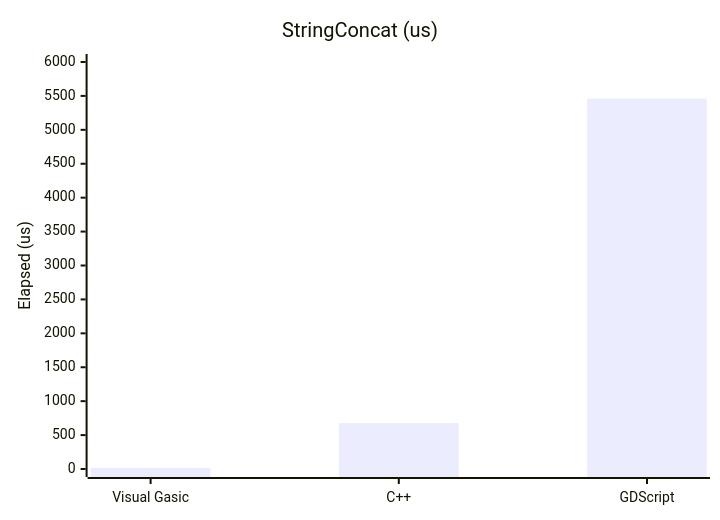
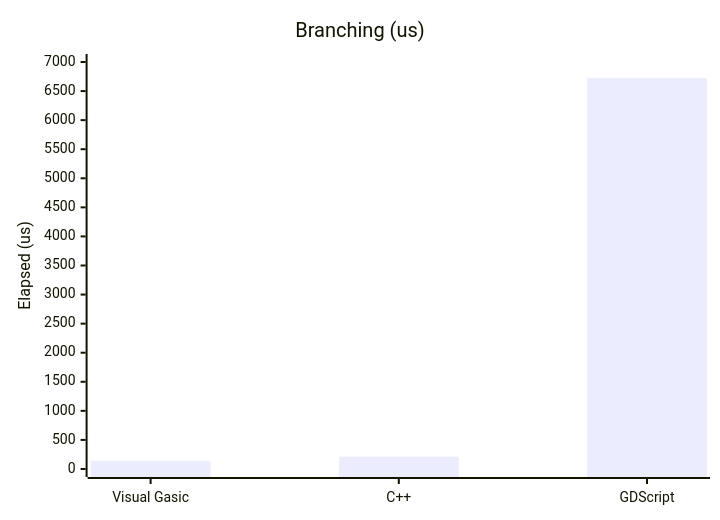
One commit to xgreenrx-star/VisualGasic changed the first of 3 diagrams in docs/GODOT_PROGRAMMING_MANUAL.md. Above: the diagram before and after it, drawn with Mermaid. The commit also changed other lines of this file and 5 other files, not shown here.

````diff
--- a/docs/GODOT_PROGRAMMING_MANUAL.md
+++ b/docs/GODOT_PROGRAMMING_MANUAL.md
@@ -306,7 +306,7 @@
 ```mermaid
 xychart-beta
-    title "StringConcat (us)"
+    title "Branching (us)"
     x-axis ["Visual Gasic","C++","GDScript"]
-    y-axis "Elapsed (us)" 0 --> 6000
-    bar [19,676,5460]
+    y-axis "Elapsed (us)" 0 --> 7000
+    bar [142,212,6726]
 ```
````
